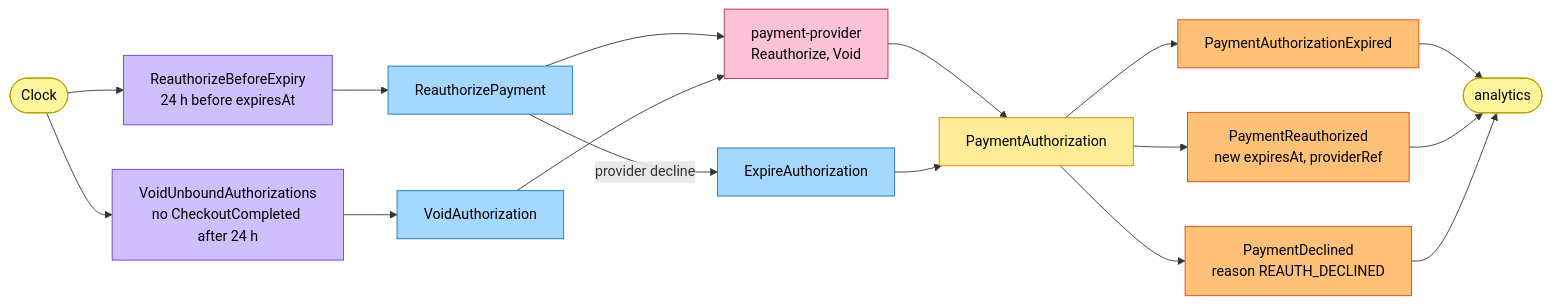
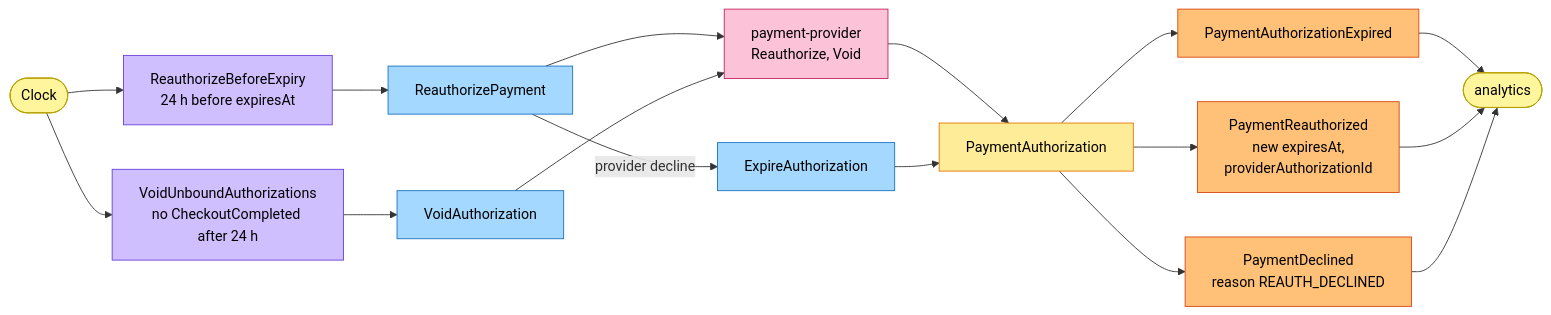
The fifth of 5 diagrams in storefront/docs/contexts/customer-payments/eventstorming.md (IQVO/warehouse-docs), drawn with Mermaid before and after one commit. The commit also changed other lines of this file and 53 other files, not shown here.

Commit message:
docs(storefront): context packs as built - Service and operations on each index, event payloads/topics/dataschemas from develop, consumer-group env vars, Go packages, H8/H10 resolved; model+generator carry per-context analytics topic/dataschema

````diff
--- a/storefront/docs/contexts/customer-payments/eventstorming.md
+++ b/storefront/docs/contexts/customer-payments/eventstorming.md
@@ -234,38 +234,38 @@
 ```mermaid
 flowchart LR
     T([Clock]):::actor
     P7["ReauthorizeBeforeExpiry<br/>24 h before expiresAt"]:::policy
     P8["VoidUnboundAuthorizations<br/>no CheckoutCompleted after 24 h"]:::policy
     C7["ReauthorizePayment"]:::command
     C1["VoidAuthorization"]:::command
     C8["ExpireAuthorization"]:::command
     PSP["payment-provider<br/>Reauthorize, Void"]:::external
     G1["PaymentAuthorization"]:::aggregate
     E9["PaymentAuthorizationExpired"]:::event
     AN([analytics]):::actor
-    E10["PaymentReauthorized<br/>new expiresAt, providerRef"]:::event
+    E10["PaymentReauthorized<br/>new expiresAt,<br/>providerAuthorizationId"]:::event
     E11["PaymentDeclined<br/>reason REAUTH_DECLINED"]:::event
 
     T --> P7
     T --> P8
     P7 --> C7
     P8 --> C1
     C7 --> PSP
     C1 --> PSP
     PSP --> G1
     C8 --> G1
     G1 --> E9
     E9 --> AN
     G1 --> E10
     G1 --> E11
     E10 --> AN
     E11 --> AN
     C7 -->|provider decline| C8
 
     classDef actor fill:#fff59d,stroke:#b59f00,color:#000
     classDef command fill:#a5d8ff,stroke:#1971c2,color:#000
     classDef aggregate fill:#ffec99,stroke:#e67700,color:#000
     classDef event fill:#ffc078,stroke:#d9480f,color:#000
     classDef policy fill:#d0bfff,stroke:#6741d9,color:#000
     classDef external fill:#fcc2d7,stroke:#c2255c,color:#000
 ```
````
